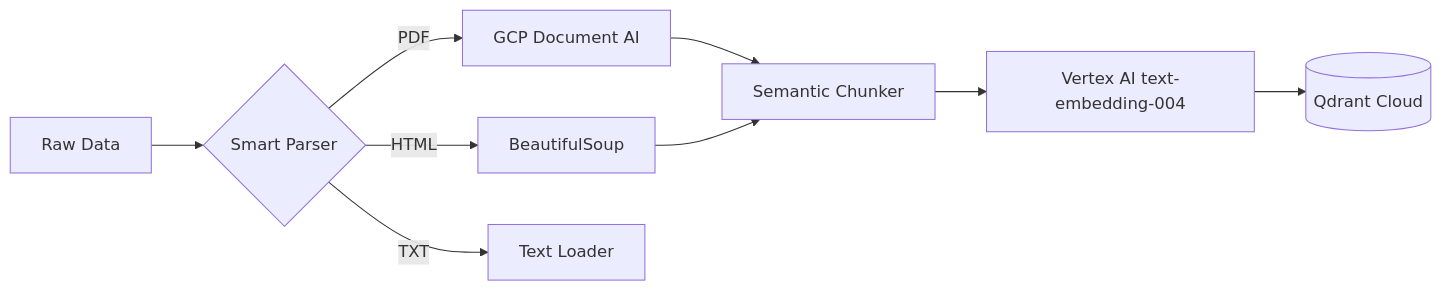
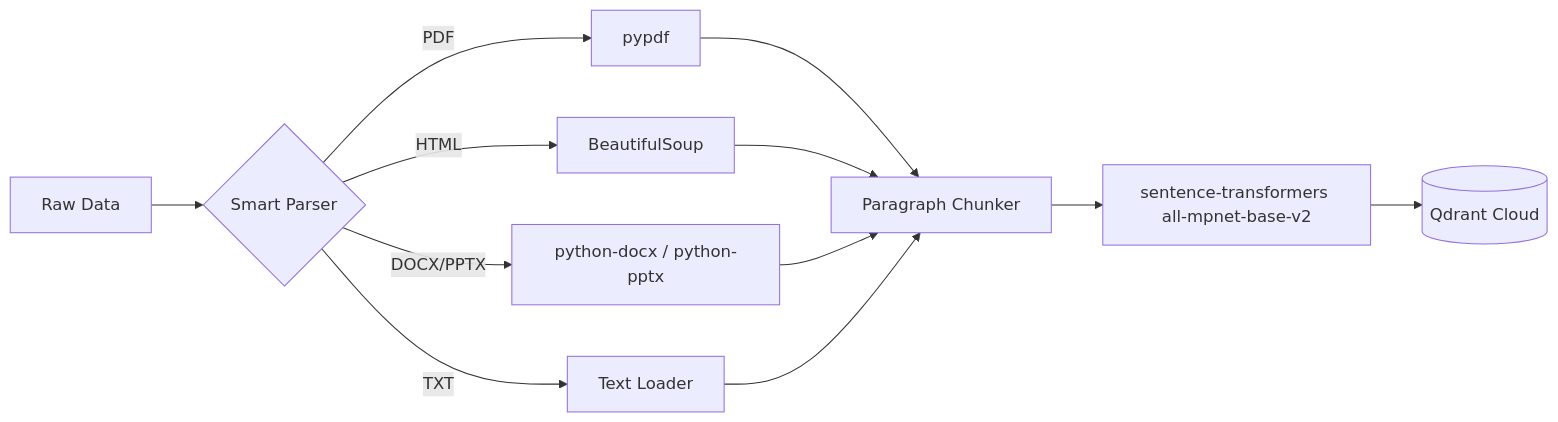
One commit to Ashokultraai/enterprise-rag-with-gcp changed the diagram in DOCS/02_INGESTION_ENGINE.md. Above: the diagram before and after it, drawn with Mermaid. The commit also changed other lines of this file and 19 other files, not shown here.

````diff
--- a/DOCS/02_INGESTION_ENGINE.md
+++ b/DOCS/02_INGESTION_ENGINE.md
@@ -6,11 +8,14 @@
 ```mermaid
 graph LR
     Raw[Raw Data] --> Parser{Smart Parser}
-    Parser -->|PDF| DocAI[GCP Document AI]
+    Parser -->|PDF| PyPDF[pypdf]
     Parser -->|HTML| BS4[BeautifulSoup]
+    Parser -->|DOCX/PPTX| Office[python-docx / python-pptx]
     Parser -->|TXT| Simple[Text Loader]
-    DocAI --> Chunker[Semantic Chunker]
+    PyPDF --> Chunker[Paragraph Chunker]
     BS4 --> Chunker
-    Chunker --> Embedder[Vertex AI text-embedding-004]
+    Office --> Chunker
+    Simple --> Chunker
+    Chunker --> Embedder[sentence-transformers all-mpnet-base-v2]
     Embedder --> VectorDB[(Qdrant Cloud)]
 ```
````
